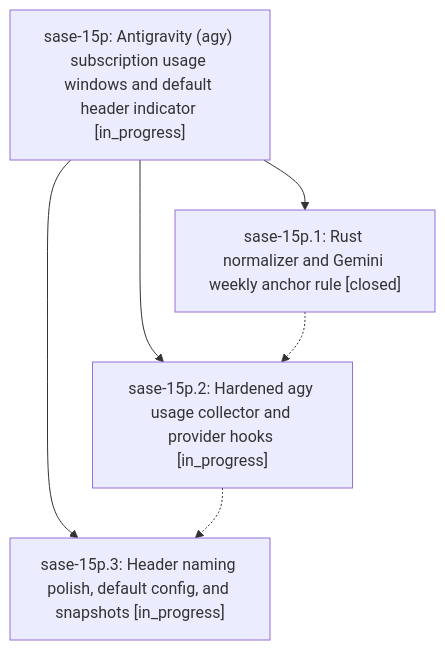
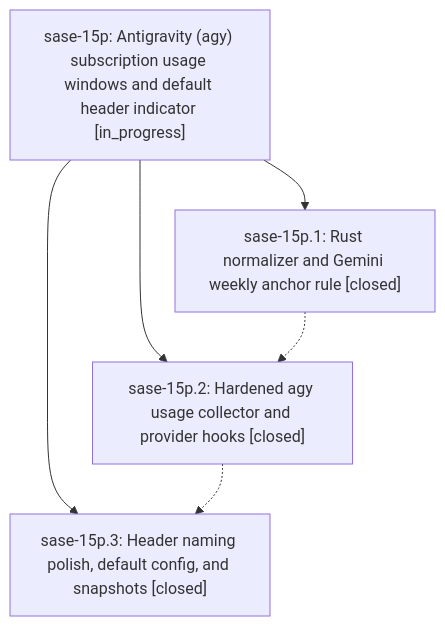
Before and after one commit to sase-org/sase--beads: the diagram in pages/sase-15p/README.md, drawn with Mermaid. The commit also changed other lines of this file and 3 other files, not shown here.

````diff
--- a/pages/sase-15p/README.md
+++ b/pages/sase-15p/README.md
@@ -24,12 +36,12 @@
 ```mermaid
 flowchart TD
     n0["sase-15p: Antigravity (agy) subscription usage windows and default header indicator [in_progress]"]
     n1["sase-15p.1: Rust normalizer and Gemini weekly anchor rule [closed]"]
-    n2["sase-15p.2: Hardened agy usage collector and provider hooks [in_progress]"]
-    n3["sase-15p.3: Header naming polish, default config, and snapshots [in_progress]"]
+    n2["sase-15p.2: Hardened agy usage collector and provider hooks [closed]"]
+    n3["sase-15p.3: Header naming polish, default config, and snapshots [closed]"]
     n0 --> n1
     n0 --> n2
     n0 --> n3
     n1 -.-> n2
     n2 -.-> n3
 ```
````
